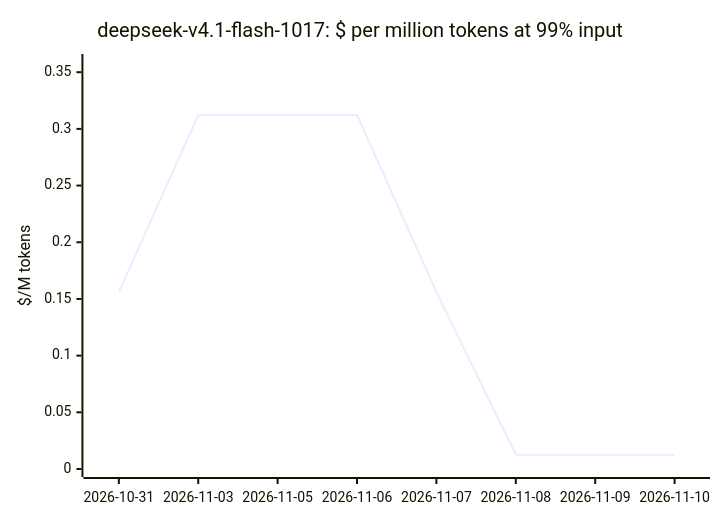
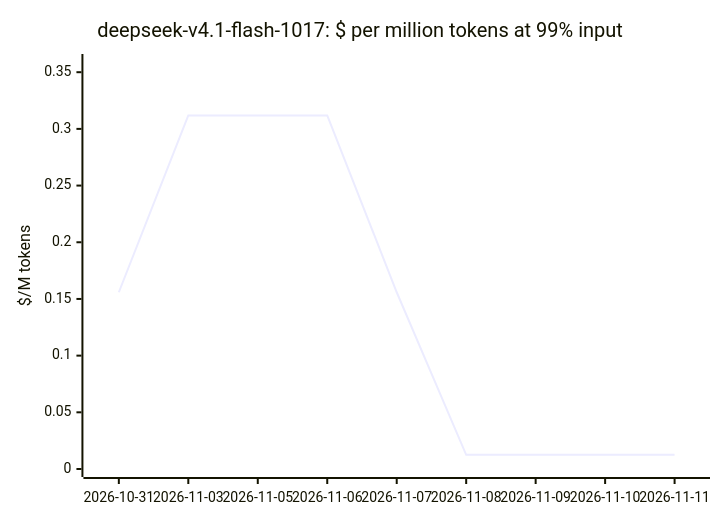
Before and after one commit to cklukas/OMEGA_TRANSFORM: the seventh of 19 diagrams in docs/openrouter-models.md, drawn with Mermaid. The commit also changed other lines of this file and 43 other files, not shown here.

````diff
--- a/docs/openrouter-models.md
+++ b/docs/openrouter-models.md
@@ -192,7 +192,7 @@
 ```mermaid
 xychart-beta
     title "deepseek-v4.1-flash-1017: $ per million tokens at 99% input"
-    x-axis ["2026-10-31", "2026-11-03", "2026-11-05", "2026-11-06", "2026-11-07", "2026-11-08", "2026-11-09", "2026-11-10"]
+    x-axis ["2026-10-31", "2026-11-03", "2026-11-05", "2026-11-06", "2026-11-07", "2026-11-08", "2026-11-09", "2026-11-10", "2026-11-11"]
     y-axis "$/M tokens" 0 --> 0.359
-    line [0.1561, 0.3122, 0.3122, 0.3122, 0.1561, 0.01267, 0.01267, 0.01267]
+    line [0.1559, 0.3119, 0.3119, 0.3119, 0.1559, 0.01251, 0.01251, 0.01251, 0.01251]
 ```
````
